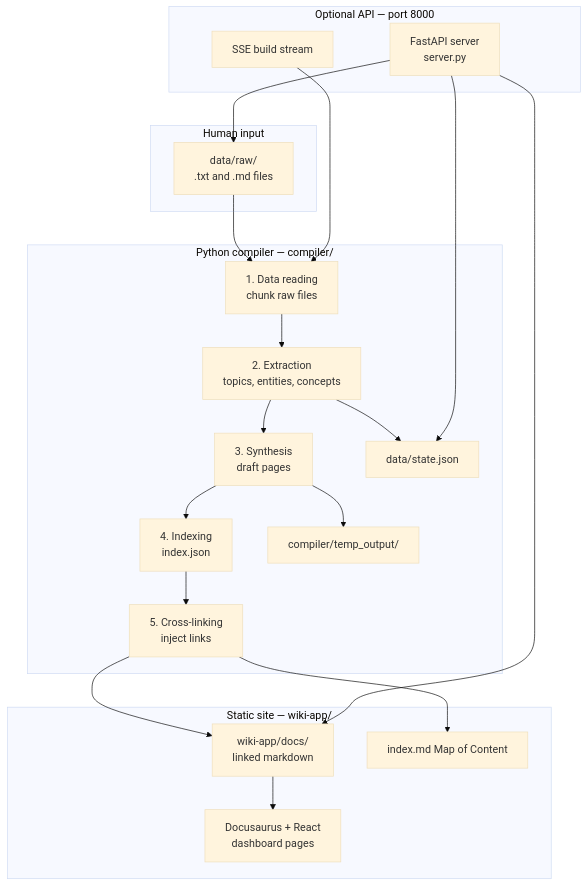
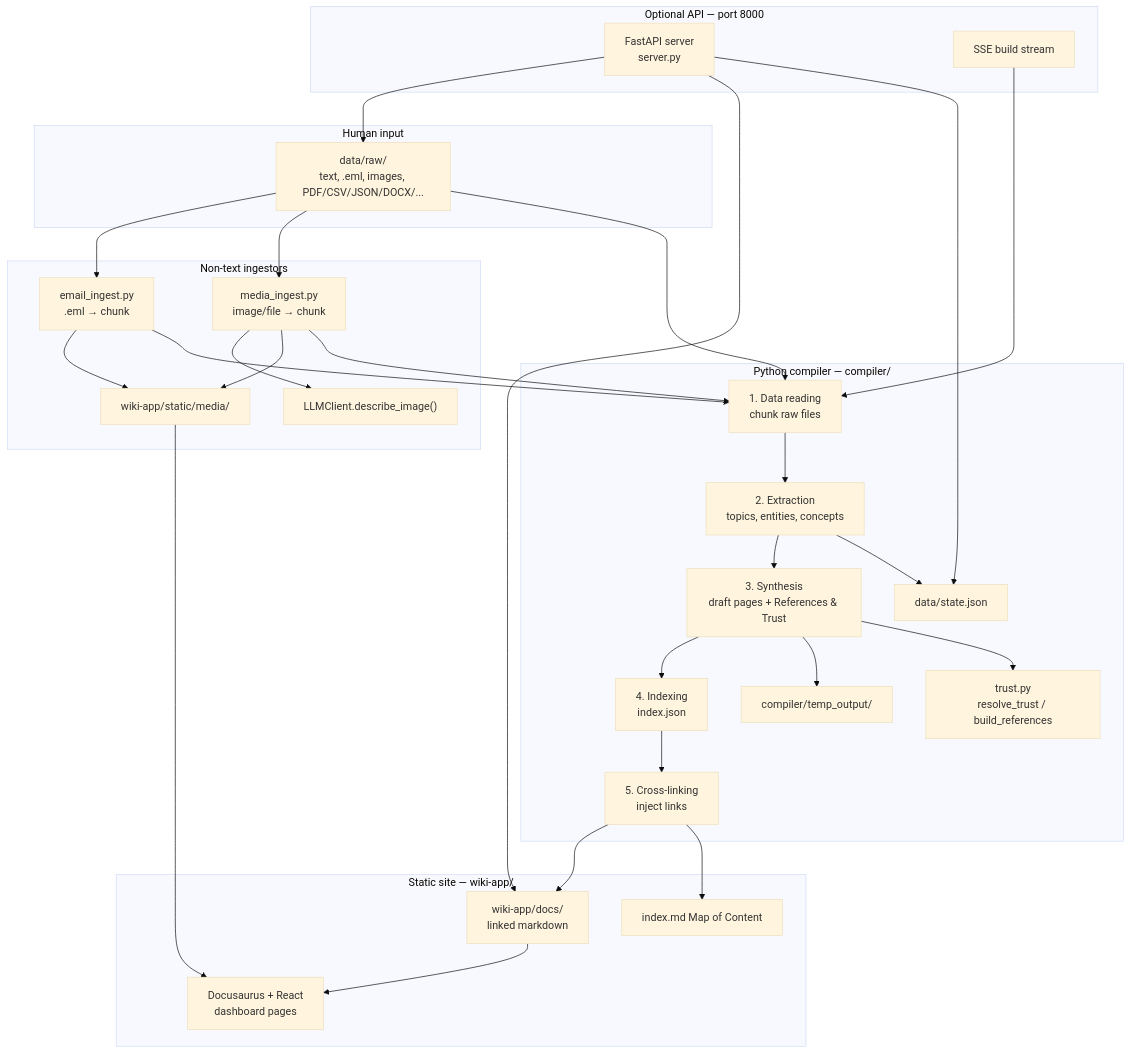
One commit to navidfalah/wiki changed the diagram in documentation/03-architecture.md. Above: the diagram before and after it, drawn with Mermaid (base theme). The commit also changed other lines of this file and 29 other files, not shown here.

First line of the commit message:
Add multimedia, email, and source-trust/references support

````diff
--- a/documentation/03-architecture.md
+++ b/documentation/03-architecture.md
@@ -5,39 +5,56 @@
 ```mermaid
 flowchart TB
     subgraph input [Human input]
-        RAW["data/raw/<br/>.txt and .md files"]
+        RAW["data/raw/<br/>text, .eml, images, PDF/CSV/JSON/DOCX/..."]
+    end
+
+    subgraph ingest [Non-text ingestors]
+        EMAIL["email_ingest.py<br/>.eml → chunk"]
+        MEDIA["media_ingest.py<br/>image/file → chunk"]
+        VISION["LLMClient.describe_image()"]
+        STATIC["wiki-app/static/media/"]
+        MEDIA --> VISION
+        MEDIA --> STATIC
+        EMAIL --> STATIC
     end
 
     subgraph compiler [Python compiler — compiler/]
         S1["1. Data reading<br/>chunk raw files"]
         S2["2. Extraction<br/>topics, entities, concepts"]
-        S3["3. Synthesis<br/>draft pages"]
+        S3["3. Synthesis<br/>draft pages + References & Trust"]
         S4["4. Indexing<br/>index.json"]
         S5["5. Cross-linking<br/>inject links"]
+        TRUST["trust.py<br/>resolve_trust / build_references"]
         TEMP["compiler/temp_output/"]
         STATE["data/state.json"]
         S1 --> S2 --> S3 --> S4 --> S5
         S3 --> TEMP
         S2 --> STATE
+        S3 --> TRUST
     end
 
     subgraph output [Static site — wiki-app/]
         DOCS["wiki-app/docs/<br/>linked markdown"]
         MOC["index.md Map of Content"]
         DOCUSAURUS["Docusaurus + React<br/>dashboard pages"]
     end
 
     subgraph api [Optional API — port 8000]
         FASTAPI["FastAPI server<br/>server.py"]
         SSE["SSE build stream"]
     end
 
+    RAW --> EMAIL
+    RAW --> MEDIA
     RAW --> S1
+    EMAIL --> S1
+    MEDIA --> S1
     S5 --> DOCS
     S5 --> MOC
     DOCS --> DOCUSAURUS
+    STATIC --> DOCUSAURUS
     FASTAPI --> RAW
     FASTAPI --> DOCS
     FASTAPI --> STATE
     SSE --> S1
 ```
````
